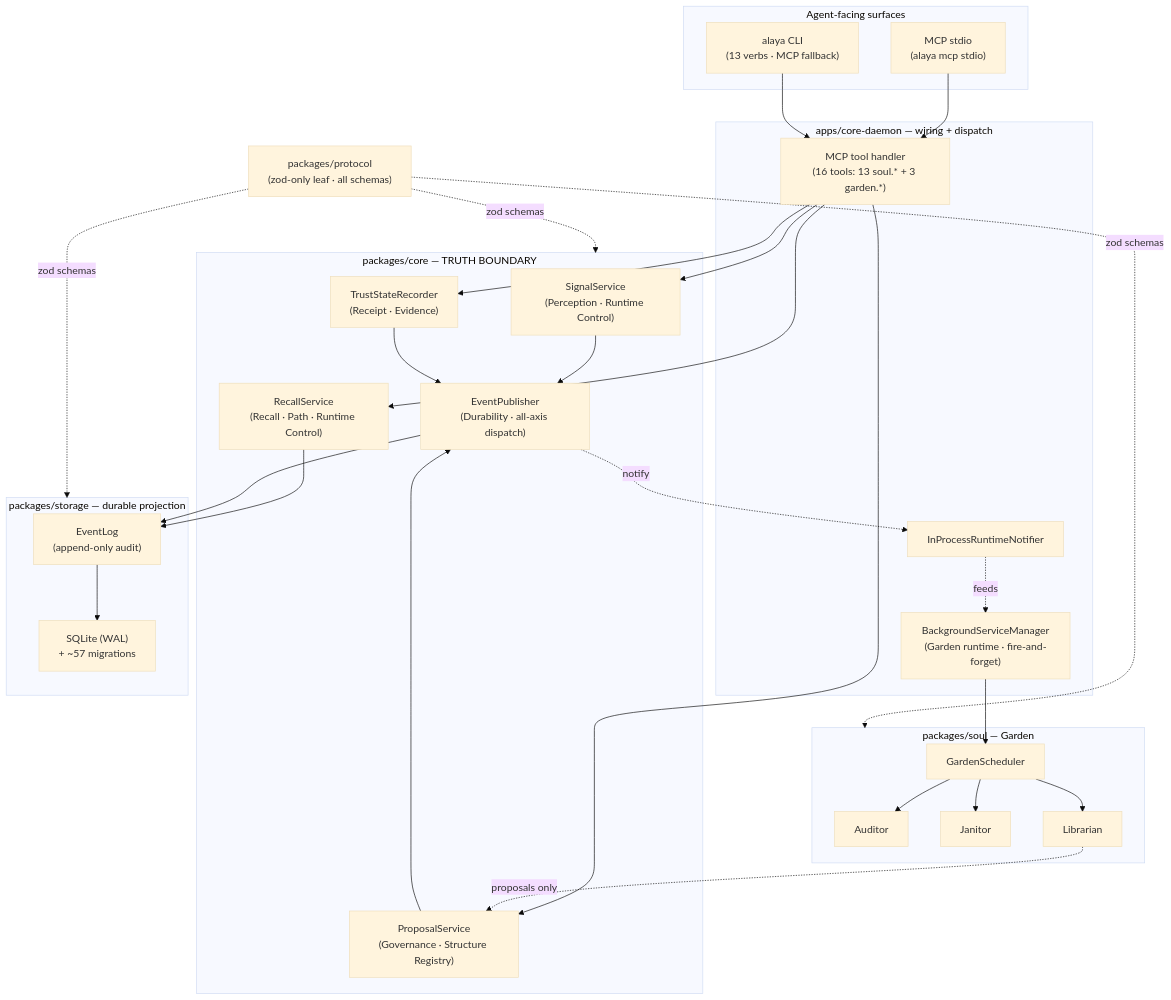
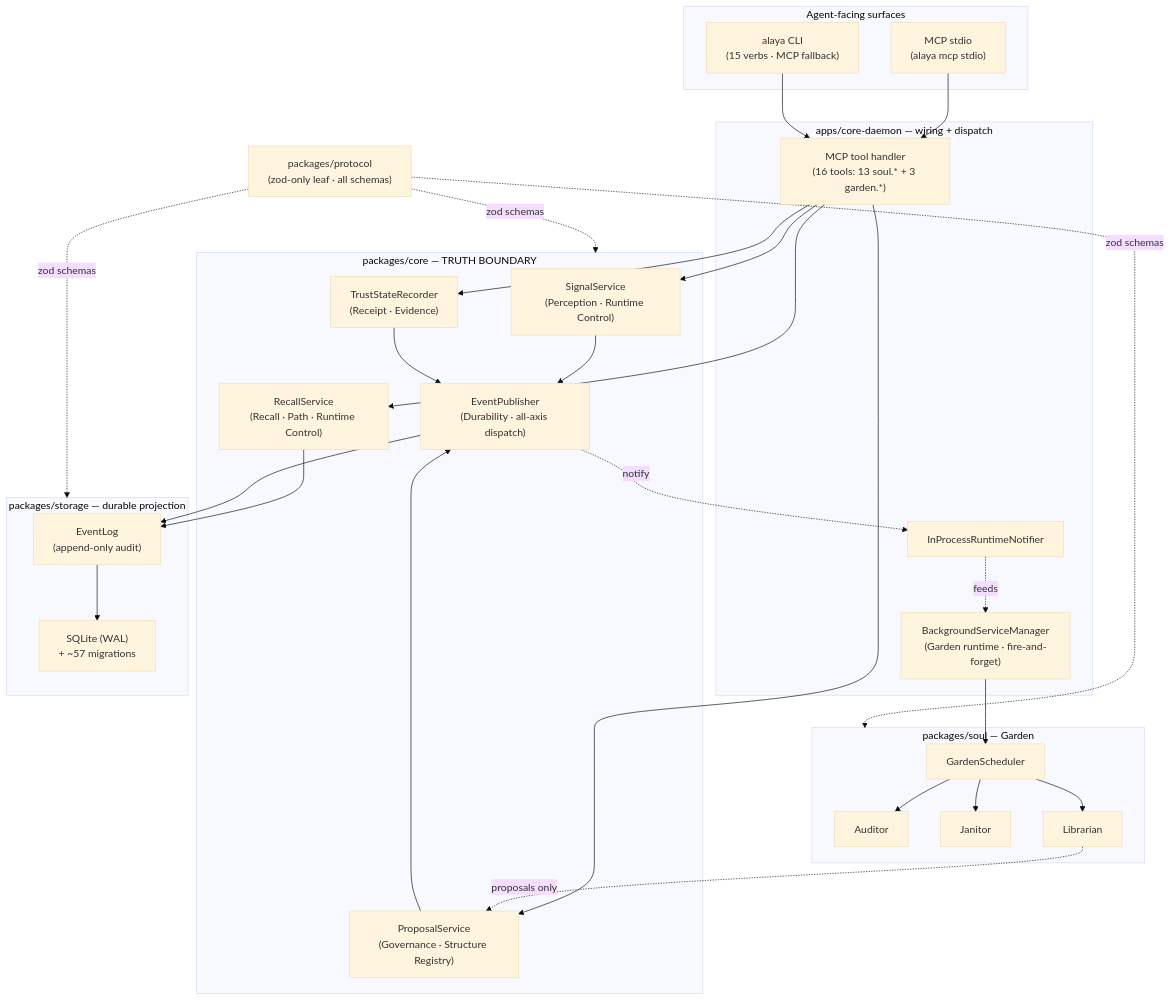
Before and after one commit to tdwhere123/Do-SOUL-Alaya: the second of 2 diagrams in README.md, drawn with Mermaid (base theme). The commit also changed other lines of this file and 55 other files, not shown here.

````diff
--- a/README.md
+++ b/README.md
@@ -456,57 +456,57 @@
 ```mermaid
 graph TD
     subgraph Surfaces["Agent-facing surfaces"]
         MCPS["MCP stdio<br/>(alaya mcp stdio)"]
-        CLIS["alaya CLI<br/>(13 verbs · MCP fallback)"]
+        CLIS["alaya CLI<br/>(15 verbs · MCP fallback)"]
     end
 
     subgraph Daemon["apps/core-daemon — wiring + dispatch"]
         TH["MCP tool handler<br/>(16 tools: 13 soul.* + 3 garden.*)"]
         BG["BackgroundServiceManager<br/>(Garden runtime · fire-and-forget)"]
         NOTI["InProcessRuntimeNotifier"]
     end
 
     subgraph Core["packages/core — TRUTH BOUNDARY"]
         SS["SignalService<br/>(Perception · Runtime Control)"]
         PROP["ProposalService<br/>(Governance · Structure Registry)"]
         EP["EventPublisher<br/>(Durability · all-axis dispatch)"]
         REC["RecallService<br/>(Recall · Path · Runtime Control)"]
         TR["TrustStateRecorder<br/>(Receipt · Evidence)"]
     end
 
     subgraph Soul["packages/soul — Garden"]
         AUD["Auditor"]
         JAN["Janitor"]
         LIB["Librarian"]
         SCH["GardenScheduler"]
     end
 
     subgraph StorageBox["packages/storage — durable projection"]
         EL["EventLog<br/>(append-only audit)"]
         DB["SQLite (WAL)<br/>+ ~57 migrations"]
     end
 
     PROTO["packages/protocol<br/>(zod-only leaf · all schemas)"]
 
     MCPS --> TH
     CLIS --> TH
     TH --> SS
     TH --> PROP
     TH --> REC
     TH --> TR
     SS --> EP
     PROP --> EP
     REC --> EL
     TR --> EP
     EP --> EL
     EL --> DB
     EP -.notify.-> NOTI
     NOTI -.feeds.-> BG
     BG --> SCH
     SCH --> AUD & JAN & LIB
     LIB -.proposals only.-> PROP
 
     PROTO -. zod schemas .-> Core
     PROTO -. zod schemas .-> Soul
     PROTO -. zod schemas .-> StorageBox
 ```
````
